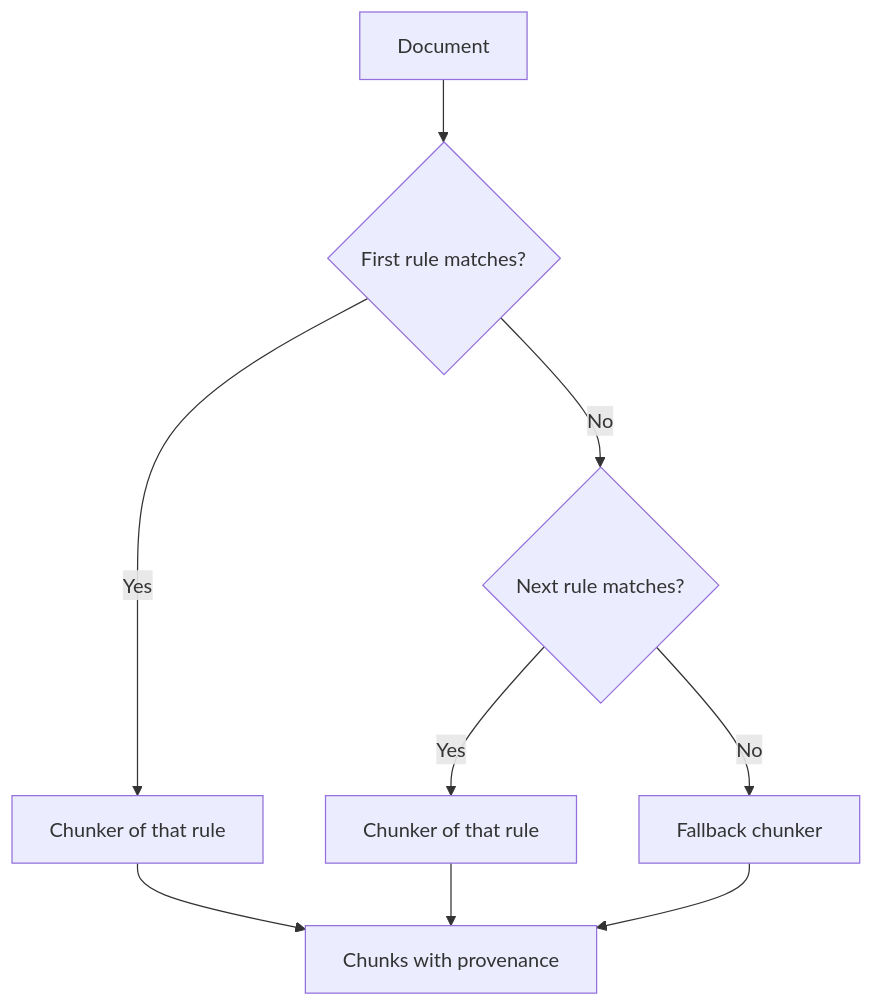
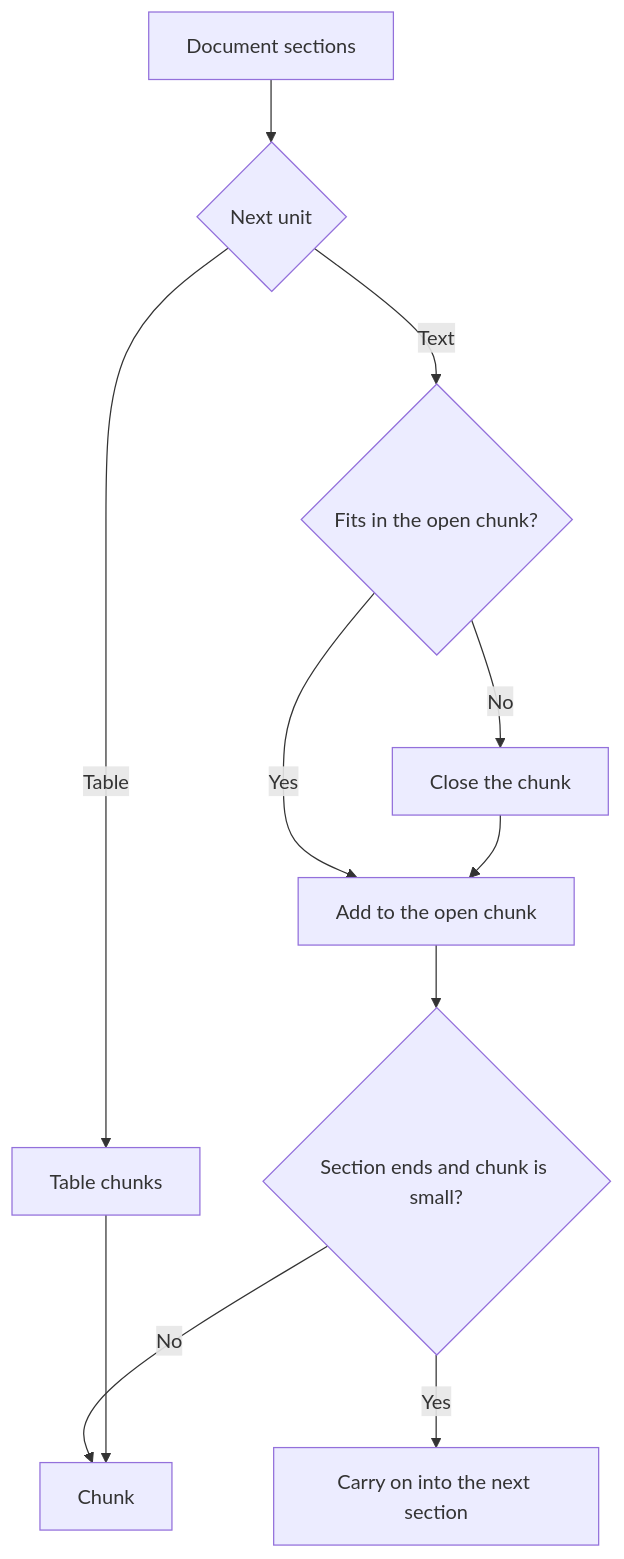
Before and after one commit to ontogr/agentic-graphrag: the diagram in docs/docs/concepts/chunking.mdx, drawn with Mermaid. The commit also changed other lines of this file and 436 other files, not shown here.

First line of the commit message:
feat: Store document hierarchy in the graph (#81)

````diff
--- a/docs/docs/concepts/chunking.mdx
+++ b/docs/docs/concepts/chunking.mdx
@@ -19,11 +19,13 @@
 ```mermaid
 flowchart TD
-    D[Document] --> R1{First rule matches?}
-    R1 -- Yes --> C1[Chunker of that rule]
-    R1 -- No --> R2{Next rule matches?}
-    R2 -- Yes --> C2[Chunker of that rule]
-    R2 -- No --> F[Fallback chunker]
-    C1 --> K[Chunks with provenance]
-    C2 --> K
-    F --> K
+    D[Document sections] --> U{Next unit}
+    U -- Table --> T[Table chunks]
+    U -- Text --> S{Fits in the open chunk?}
+    S -- Yes --> P[Add to the open chunk]
+    S -- No --> F[Close the chunk]
+    F --> P
+    P --> E{Section ends and chunk is small?}
+    E -- Yes --> N[Carry on into the next section]
+    E -- No --> C[Chunk]
+    T --> C
 ```
````
